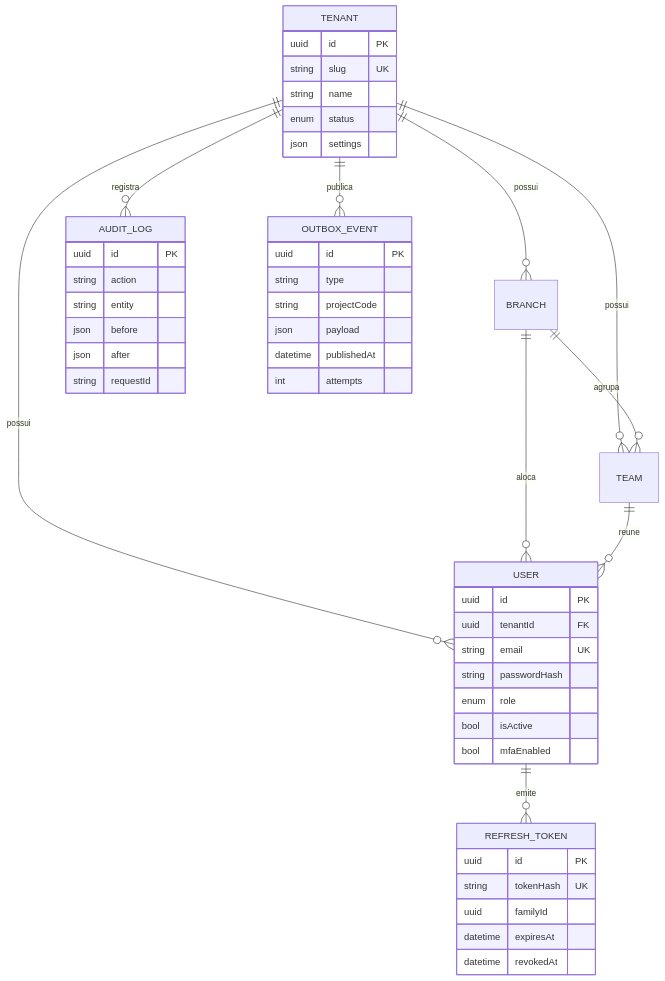
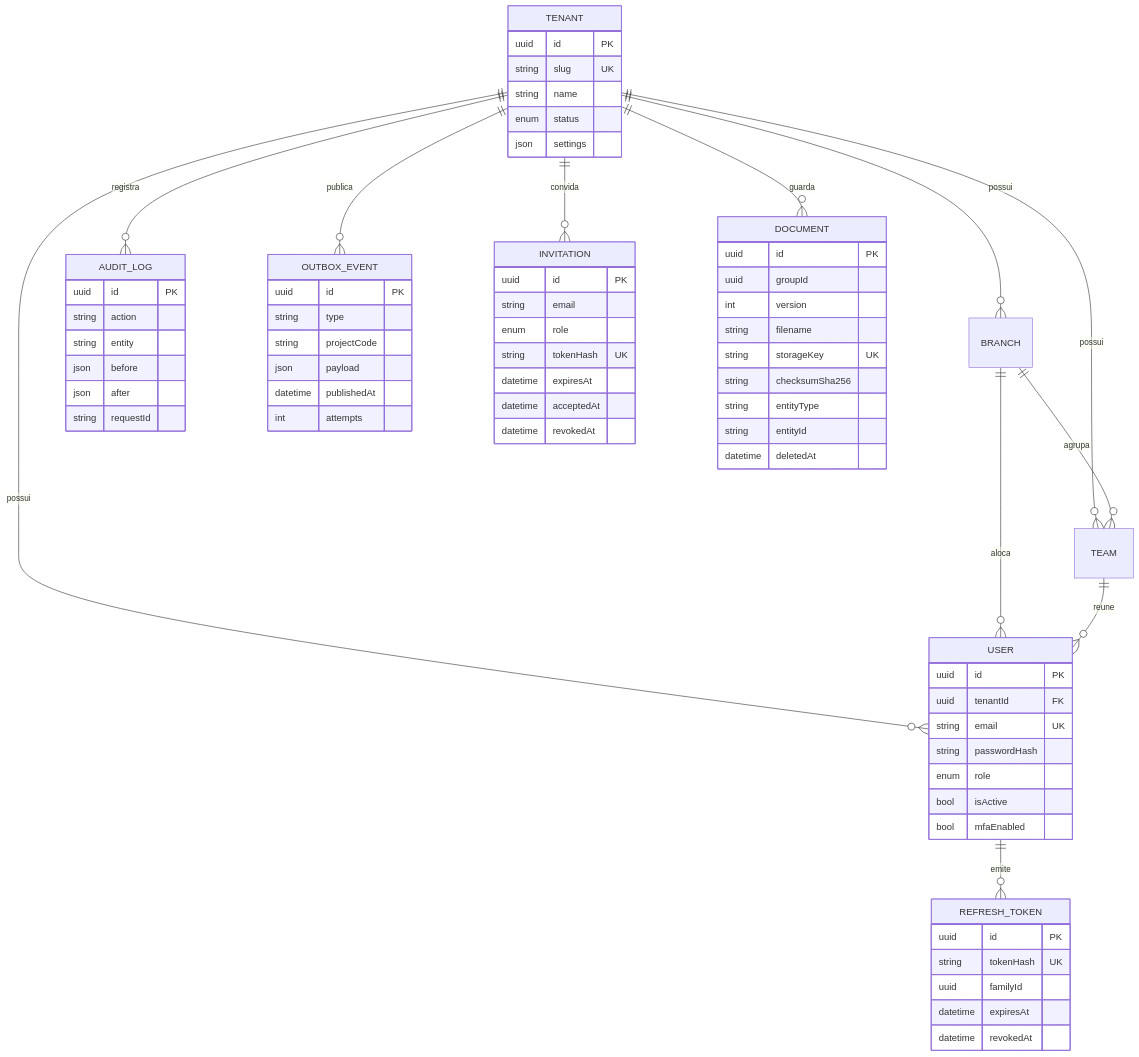
The diagram in docs/03-diagramas/er/plataforma.md (Eduardo-Lima-Dev/Voltex-SolTech), drawn with Mermaid before and after one commit. The commit also changed other lines of this file and 11 other files, not shown here.

````diff
--- a/docs/03-diagramas/er/plataforma.md
+++ b/docs/03-diagramas/er/plataforma.md
@@ -5,52 +5,74 @@
 ```mermaid
 erDiagram
     TENANT ||--o{ BRANCH : possui
     TENANT ||--o{ TEAM : possui
     TENANT ||--o{ USER : possui
     BRANCH ||--o{ TEAM : agrupa
     BRANCH ||--o{ USER : aloca
     TEAM ||--o{ USER : reune
     USER ||--o{ REFRESH_TOKEN : emite
     TENANT ||--o{ AUDIT_LOG : registra
     TENANT ||--o{ OUTBOX_EVENT : publica
+    TENANT ||--o{ INVITATION : convida
+    TENANT ||--o{ DOCUMENT : guarda
 
     TENANT {
         uuid id PK
         string slug UK
         string name
         enum status
         json settings
     }
     USER {
         uuid id PK
         uuid tenantId FK
         string email UK
         string passwordHash
         enum role
         bool isActive
         bool mfaEnabled
     }
     REFRESH_TOKEN {
         uuid id PK
         string tokenHash UK
         uuid familyId
         datetime expiresAt
         datetime revokedAt
     }
     AUDIT_LOG {
         uuid id PK
         string action
         string entity
         json before
         json after
         string requestId
     }
+    INVITATION {
+        uuid id PK
+        string email
+        enum role
+        string tokenHash UK
+        datetime expiresAt
+        datetime acceptedAt
+        datetime revokedAt
+    }
+    DOCUMENT {
+        uuid id PK
+        uuid groupId
+        int version
+        string filename
+        string storageKey UK
+        string checksumSha256
+        string entityType
+        string entityId
+        datetime deletedAt
+    }
     OUTBOX_EVENT {
         uuid id PK
         string type
         string projectCode
         json payload
         datetime publishedAt
         int attempts
     }
 ```
````
